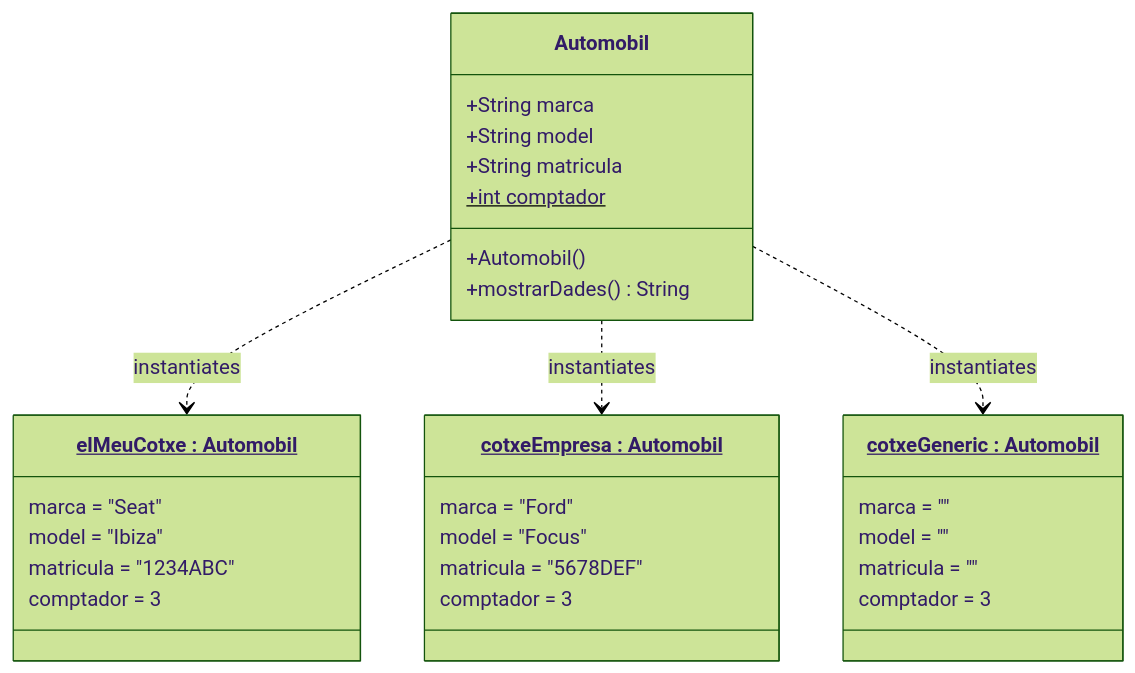
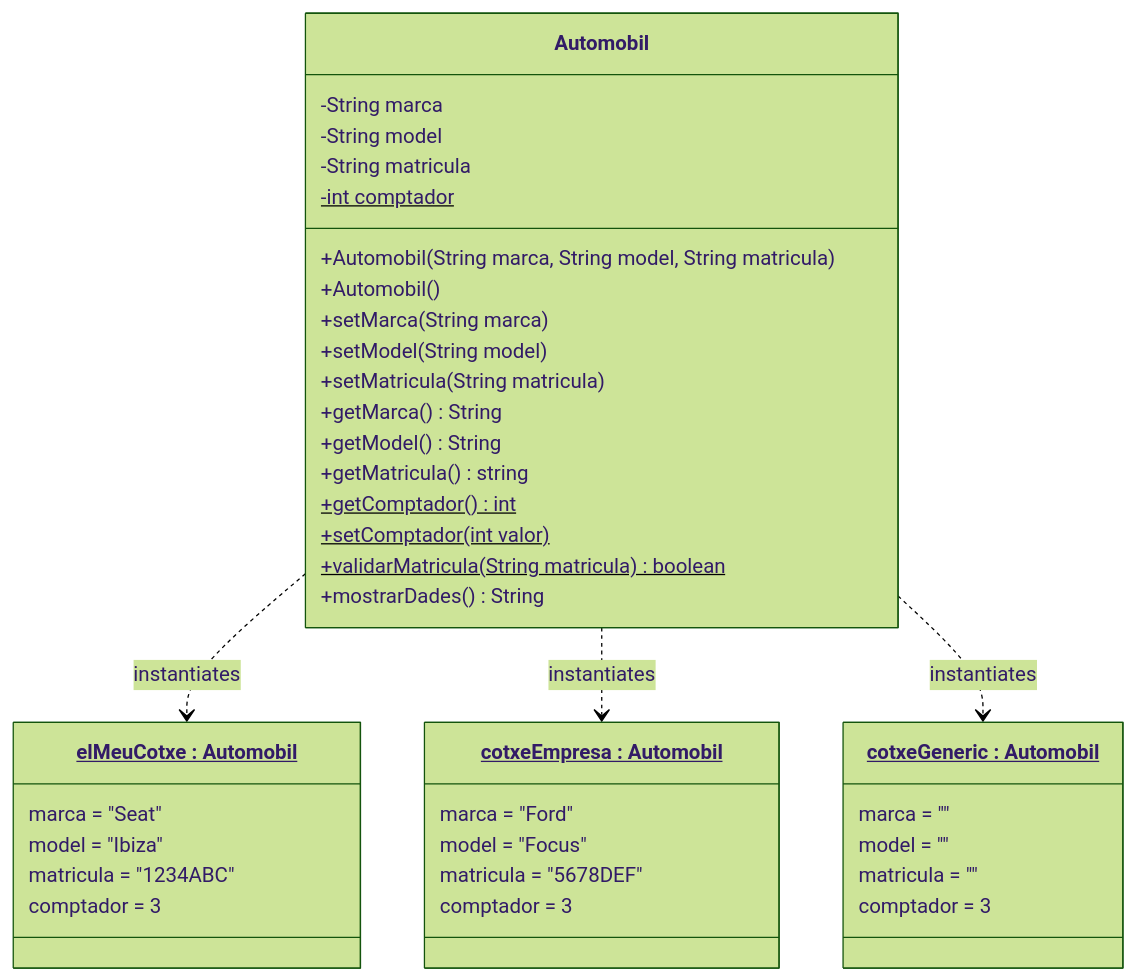
Before and after one commit to jraichs01/app-llogauto: the diagram in UMLmermaid.mmd, drawn with Mermaid (forest theme). The commit also changed 2 other files, not shown here.

Commit message:
" Modificacions als UML"

```diff
--- a/UMLmermaid.mmd
+++ b/UMLmermaid.mmd
@@ -1,37 +1,49 @@
 classDiagram
     %% Definició de la Classe (El Plànol)
     class Automobil {
-        +String marca
-        +String model
-        +String matricula
-        +int comptador$
+        -String marca
+        -String model
+        -String matricula
+        -int comptador$
+        +Automobil(String marca, String model, String matricula)
         +Automobil()
+        +setMarca(String marca)
+        +setModel(String model)
+        +setMatricula(String matricula)
+        +getMarca() String
+        +getModel() String
+        +getMatricula() string
+
+        +getComptador()$ int
+        %% setComptador --> per inicialitzar-lo
+        +setComptador(int valor)$
+        +validarMatricula(String matricula)$ boolean
         +mostrarDades() String
     }
 
     %% Representació de les Instàncies (Els Objectes)
     class cotxe1["<u>elMeuCotxe : Automobil</u>"] {
         marca = "Seat"
         model = "Ibiza"
         matricula = "1234ABC"
         comptador = 3
     }
 
     class cotxe2["<u>cotxeEmpresa : Automobil</u>"] {
         marca = "Ford"
         model = "Focus"
         matricula = "5678DEF"
         comptador = 3
     }
 
     class cotxe3["<u>cotxeGeneric : Automobil</u>"] {
         marca = ""
         model = ""
         matricula = ""
         comptador = 3
     }
 
     %% Relacions d'instanciació
     Automobil ..> cotxe1 : instantiates
     Automobil ..> cotxe2 : instantiates
     Automobil ..> cotxe3 : instantiates
```
